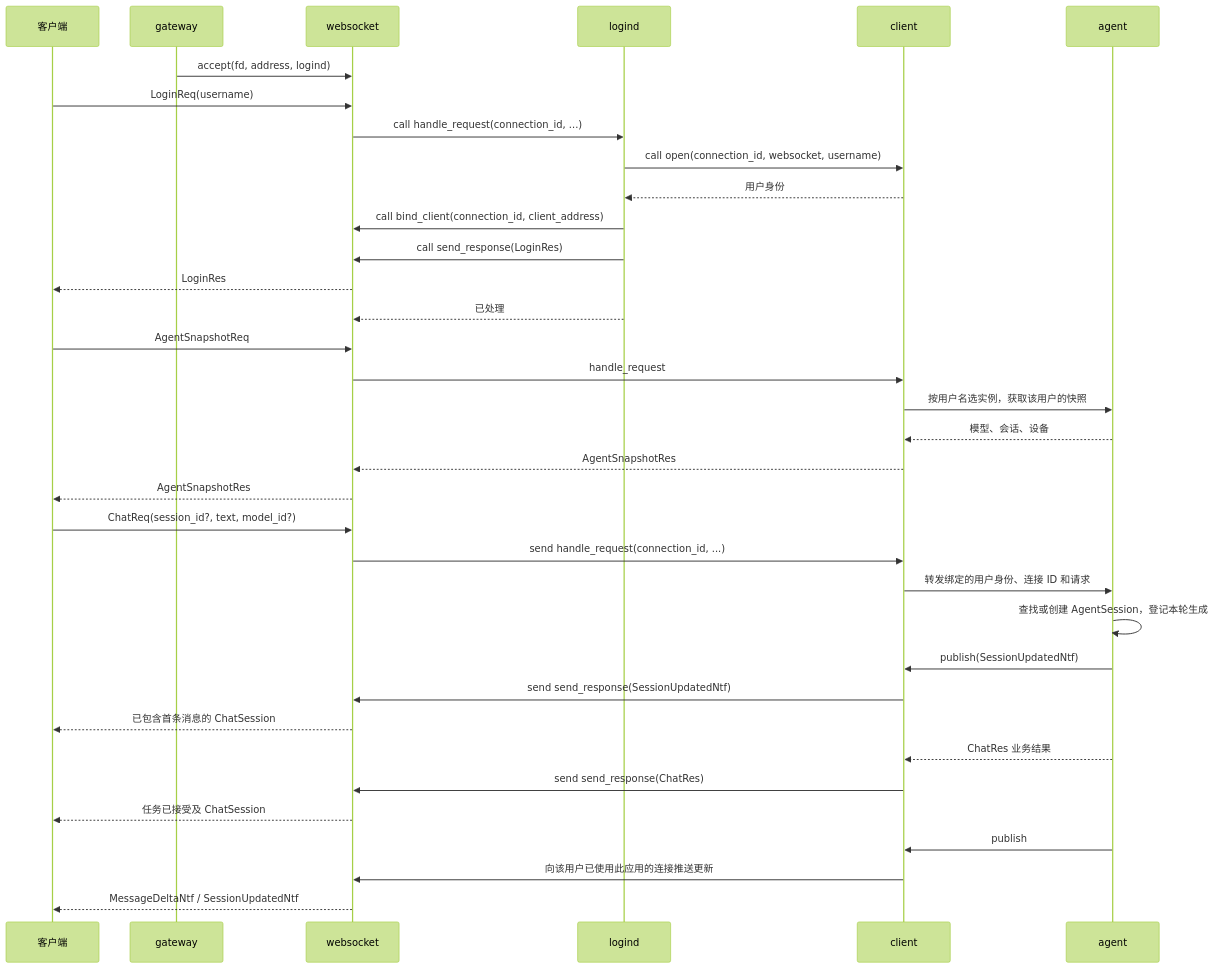
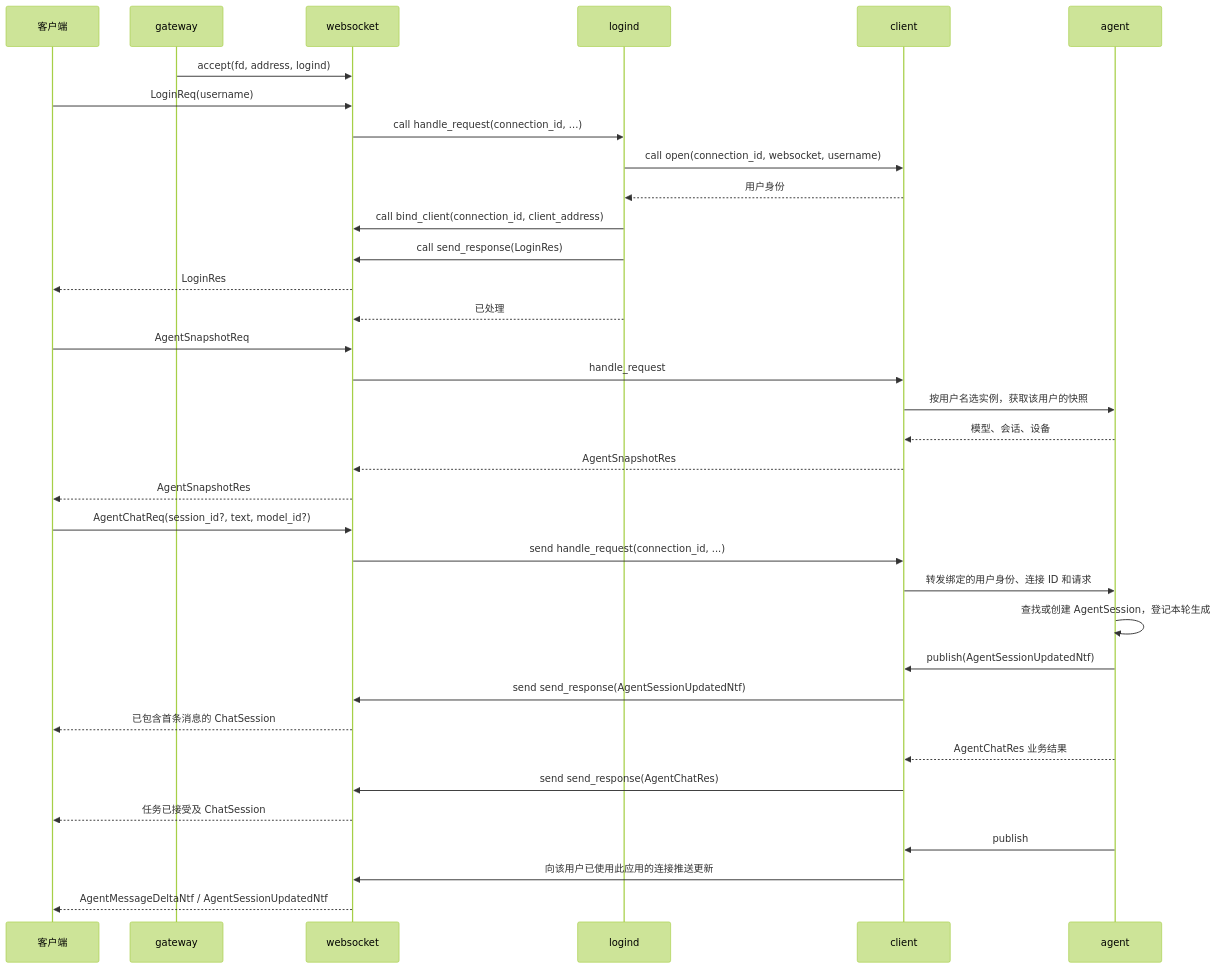
The second of 2 diagrams in docs/architecture/AGENT_GATEWAY.md (dingdalong/skynet_agent), drawn with Mermaid (forest theme) before and after one commit. The commit also changed other lines of this file and 94 other files, not shown here.

````diff
--- a/docs/architecture/AGENT_GATEWAY.md
+++ b/docs/architecture/AGENT_GATEWAY.md
@@ -136,37 +137,37 @@
 ```mermaid
 sequenceDiagram
     participant C as 客户端
     participant G as gateway
     participant W as websocket
     participant L as logind
     participant A as client
     participant P as agent
     G->>W: accept(fd, address, logind)
     C->>W: LoginReq(username)
     W->>L: call handle_request(connection_id, ...)
     L->>A: call open(connection_id, websocket, username)
     A-->>L: 用户身份
     L->>W: call bind_client(connection_id, client_address)
     L->>W: call send_response(LoginRes)
     W-->>C: LoginRes
     L-->>W: 已处理
     C->>W: AgentSnapshotReq
     W->>A: handle_request
     A->>P: 按用户名选实例，获取该用户的快照
     P-->>A: 模型、会话、设备
     A-->>W: AgentSnapshotRes
     W-->>C: AgentSnapshotRes
-    C->>W: ChatReq(session_id?, text, model_id?)
+    C->>W: AgentChatReq(session_id?, text, model_id?)
     W->>A: send handle_request(connection_id, ...)
     A->>P: 转发绑定的用户身份、连接 ID 和请求
     P->>P: 查找或创建 AgentSession，登记本轮生成
-    P->>A: publish(SessionUpdatedNtf)
-    A->>W: send send_response(SessionUpdatedNtf)
+    P->>A: publish(AgentSessionUpdatedNtf)
+    A->>W: send send_response(AgentSessionUpdatedNtf)
     W-->>C: 已包含首条消息的 ChatSession
-    P-->>A: ChatRes 业务结果
-    A->>W: send send_response(ChatRes)
+    P-->>A: AgentChatRes 业务结果
+    A->>W: send send_response(AgentChatRes)
     W-->>C: 任务已接受及 ChatSession
     P->>A: publish
     A->>W: 向该用户已使用此应用的连接推送更新
-    W-->>C: MessageDeltaNtf / SessionUpdatedNtf
+    W-->>C: AgentMessageDeltaNtf / AgentSessionUpdatedNtf
 ```
````
